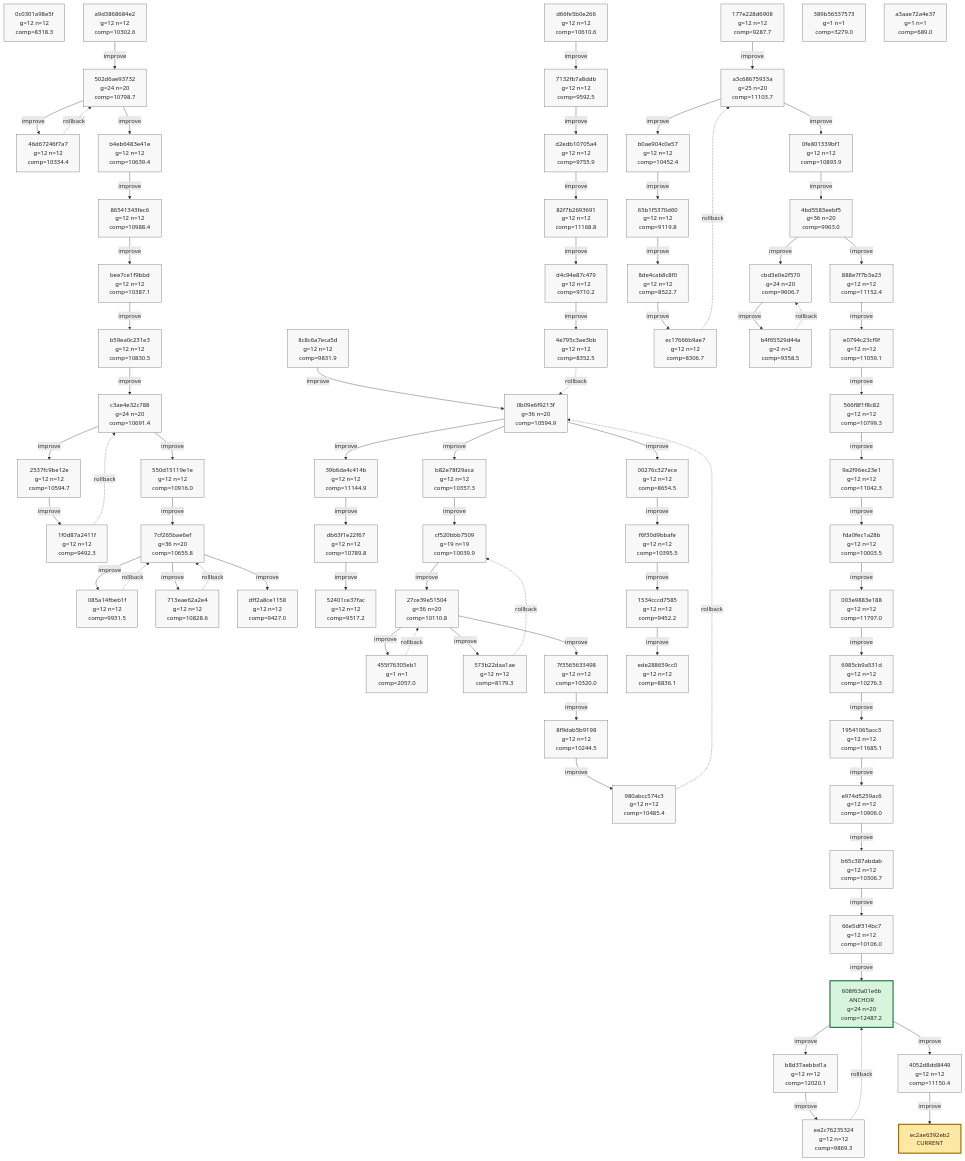
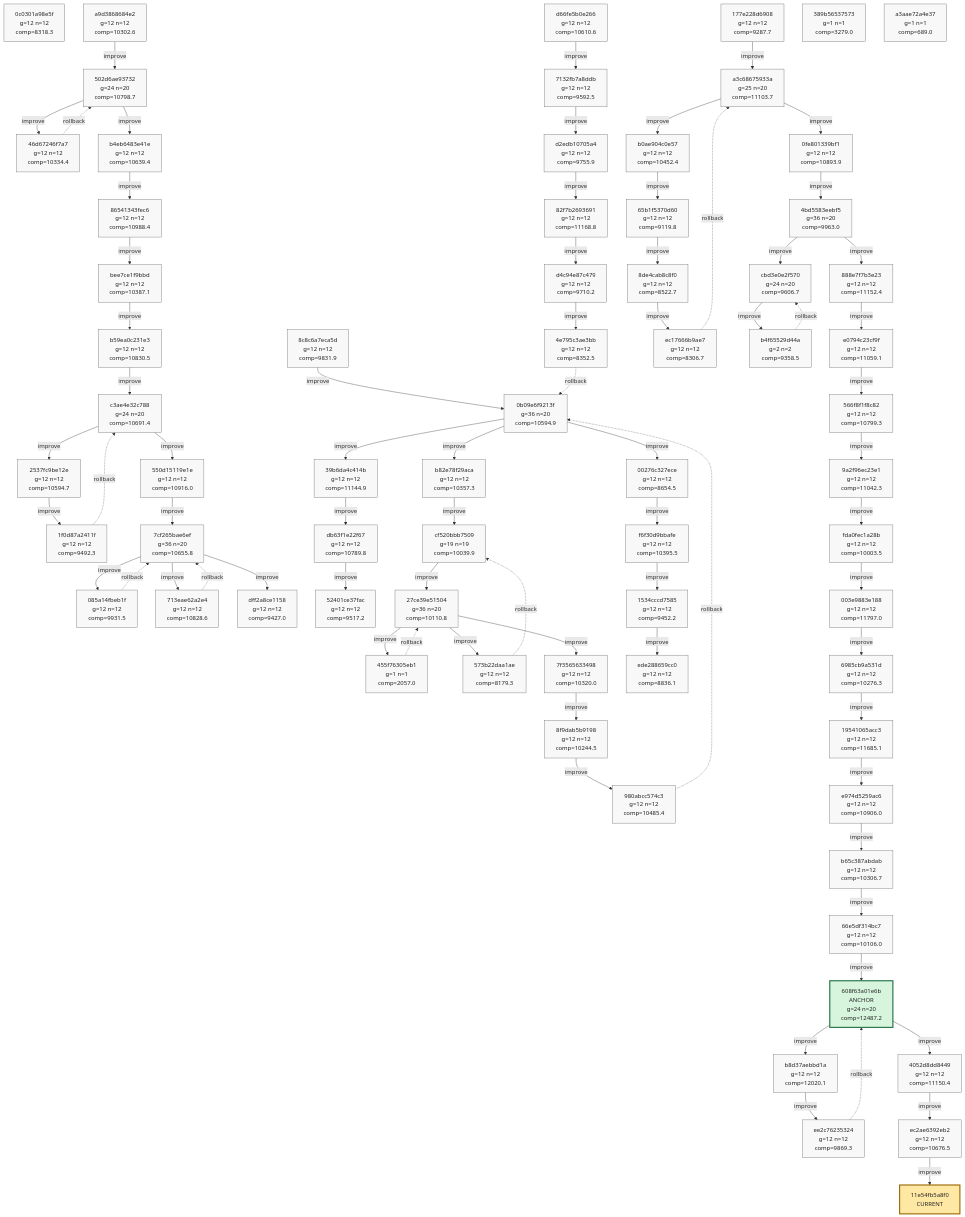
The tenth of 10 diagrams in phyrogenetic-tree.md (azumag/soviet_now), drawn with Mermaid before and after one commit. The commit also changed other lines of this file and 2 other files, not shown here.

Commit message:
eloop Improve after 12 games (scores: 8541 11358 9053 7272 13368 9252 13145 11429 24164 10965 13206 22884)

````diff
--- a/phyrogenetic-tree.md
+++ b/phyrogenetic-tree.md
@@ -2595,9 +2595,10 @@
     h_b8d37aebbd1a["b8d37aebbd1a<br/>g=12 n=12<br/>comp=12020.1"]
     h_ee2c76235324["ee2c76235324<br/>g=12 n=12<br/>comp=9869.3"]
     h_4052d8dd8449["4052d8dd8449<br/>g=12 n=12<br/>comp=11150.4"]
+    h_ec2ae6392eb2["ec2ae6392eb2<br/>g=12 n=12<br/>comp=10676.5"]
     h_389b56537573["389b56537573<br/>g=1 n=1<br/>comp=3279.0"]
     h_a3aae72a4e37["a3aae72a4e37<br/>g=1 n=1<br/>comp=689.0"]
-    h_ec2ae6392eb2["ec2ae6392eb2<br/>CURRENT"]
+    h_11e54fb5a8f0["11e54fb5a8f0<br/>CURRENT"]
 
     h_a9d3868684e2 -->|improve| h_502d6ae93732
     h_502d6ae93732 -->|improve| h_46d67246f7a7
@@ -2670,6 +2671,7 @@
     h_ee2c76235324 -. rollback .-> h_608f63a01e6b
     h_608f63a01e6b -->|improve| h_4052d8dd8449
     h_4052d8dd8449 -->|improve| h_ec2ae6392eb2
+    h_ec2ae6392eb2 -->|improve| h_11e54fb5a8f0
 
     classDef plain fill:#f8f8f8,stroke:#666,stroke-width:1px,color:#222;
     classDef current fill:#ffe8a3,stroke:#9a6700,stroke-width:3px,color:#222;
@@ -2740,7 +2742,8 @@
     class h_b8d37aebbd1a plain;
     class h_ee2c76235324 plain;
     class h_4052d8dd8449 plain;
+    class h_ec2ae6392eb2 plain;
     class h_389b56537573 plain;
     class h_a3aae72a4e37 plain;
-    class h_ec2ae6392eb2 current;
+    class h_11e54fb5a8f0 current;
 ```
````
